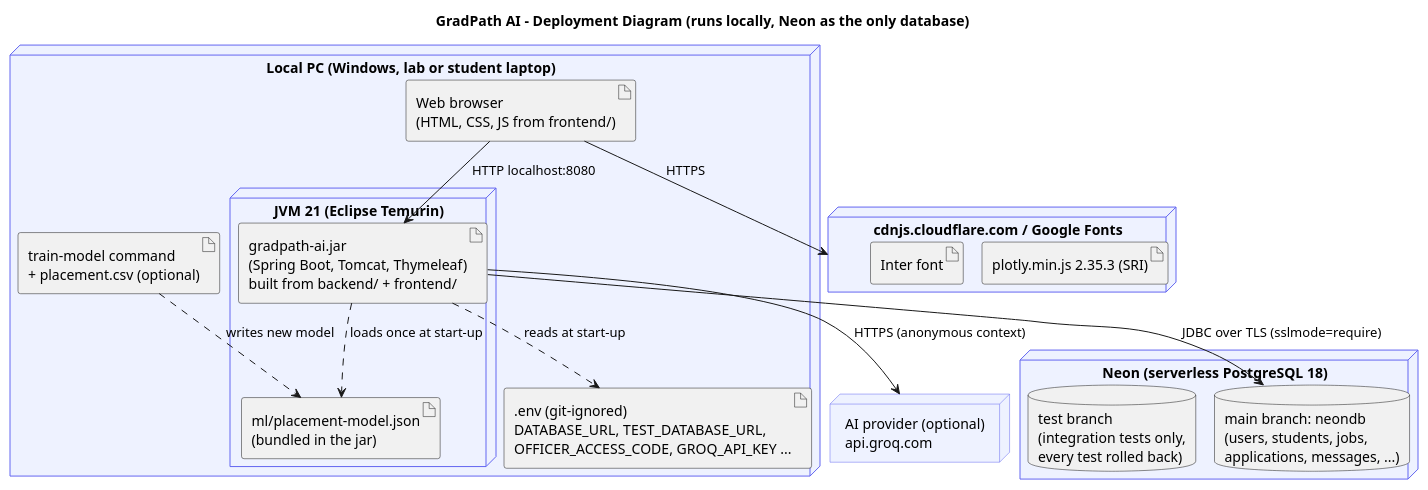
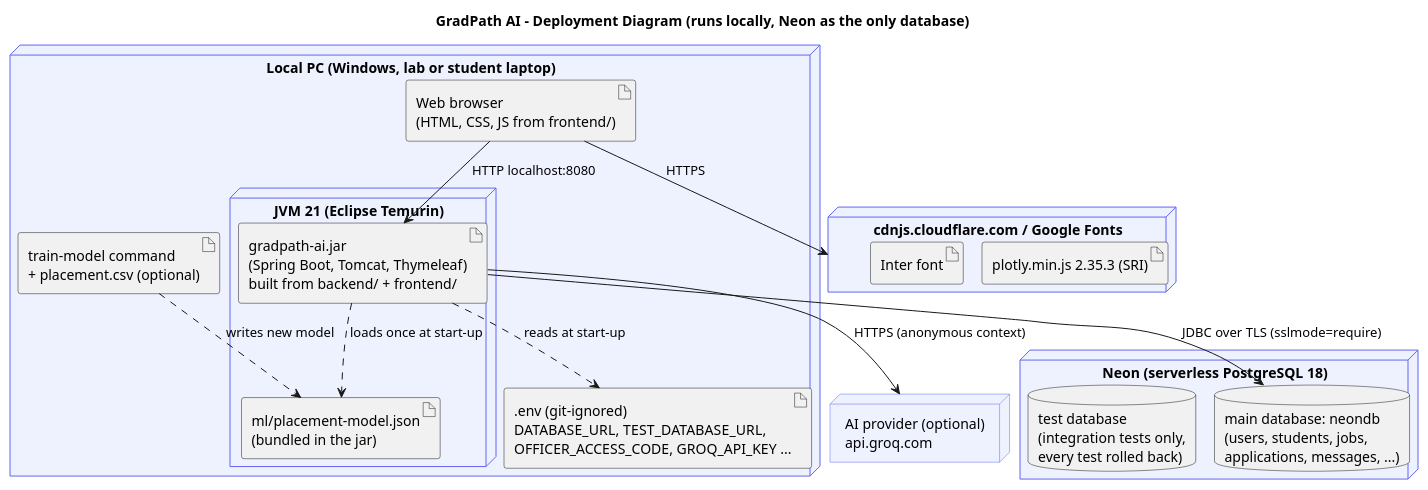
Before and after one commit to HamnaAliKhan/grad-path-ai: the diagram in report/uml/08_deployment.puml, drawn with PlantUML. The commit also changed 29 other files, not shown here.

First line of the commit message:
Add OOAD report and fix About the Model charts for tree models

```diff
--- a/report/uml/08_deployment.puml
+++ b/report/uml/08_deployment.puml
@@ -1,35 +1,35 @@
 @startuml 08_deployment
 !pragma layout smetana
 title GradPath AI - Deployment Diagram (runs locally, Neon as the only database)
 skinparam node {
   BackgroundColor #EEF2FF
   BorderColor #6366F1
 }
 
 node "Local PC (Windows, lab or student laptop)" as pc {
   artifact "Web browser\n(HTML, CSS, JS from frontend/)" as br
   node "JVM 21 (Eclipse Temurin)" as jvm {
     artifact "gradpath-ai.jar\n(Spring Boot, Tomcat, Thymeleaf)\nbuilt from backend/ + frontend/" as jar
     artifact "ml/placement-model.json\n(bundled in the jar)" as model
   }
   artifact ".env (git-ignored)\nDATABASE_URL, TEST_DATABASE_URL,\nOFFICER_ACCESS_CODE, GROQ_API_KEY ..." as env
   artifact "train-model command\n+ placement.csv (optional)" as trainer
 }
 node "cdnjs.cloudflare.com / Google Fonts" as cdn {
   artifact "plotly.min.js 2.35.3 (SRI)" as plotly
   artifact "Inter font" as font
 }
 node "Neon (serverless PostgreSQL 18)" as neon {
-  database "main branch: neondb\n(users, students, jobs,\napplications, messages, ...)" as db
-  database "test branch\n(integration tests only,\nevery test rolled back)" as testdb
+  database "main database: neondb\n(users, students, jobs,\napplications, messages, ...)" as db
+  database "test database\n(integration tests only,\nevery test rolled back)" as testdb
 }
 node "AI provider (optional)\napi.groq.com" as groq
 
 br --> jar : HTTP localhost:8080
 br --> cdn : HTTPS
 jar --> db : JDBC over TLS (sslmode=require)
 jar --> groq : HTTPS (anonymous context)
 jar ..> env : reads at start-up
 jar ..> model : loads once at start-up
 trainer ..> model : writes new model
 @enduml
```
